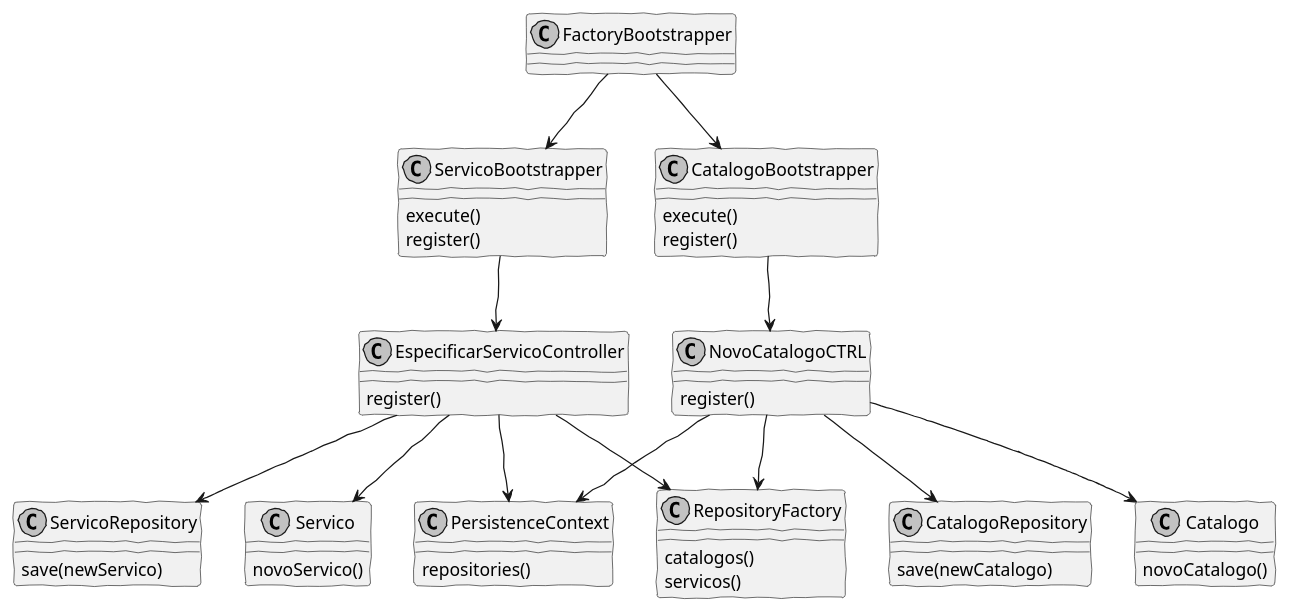
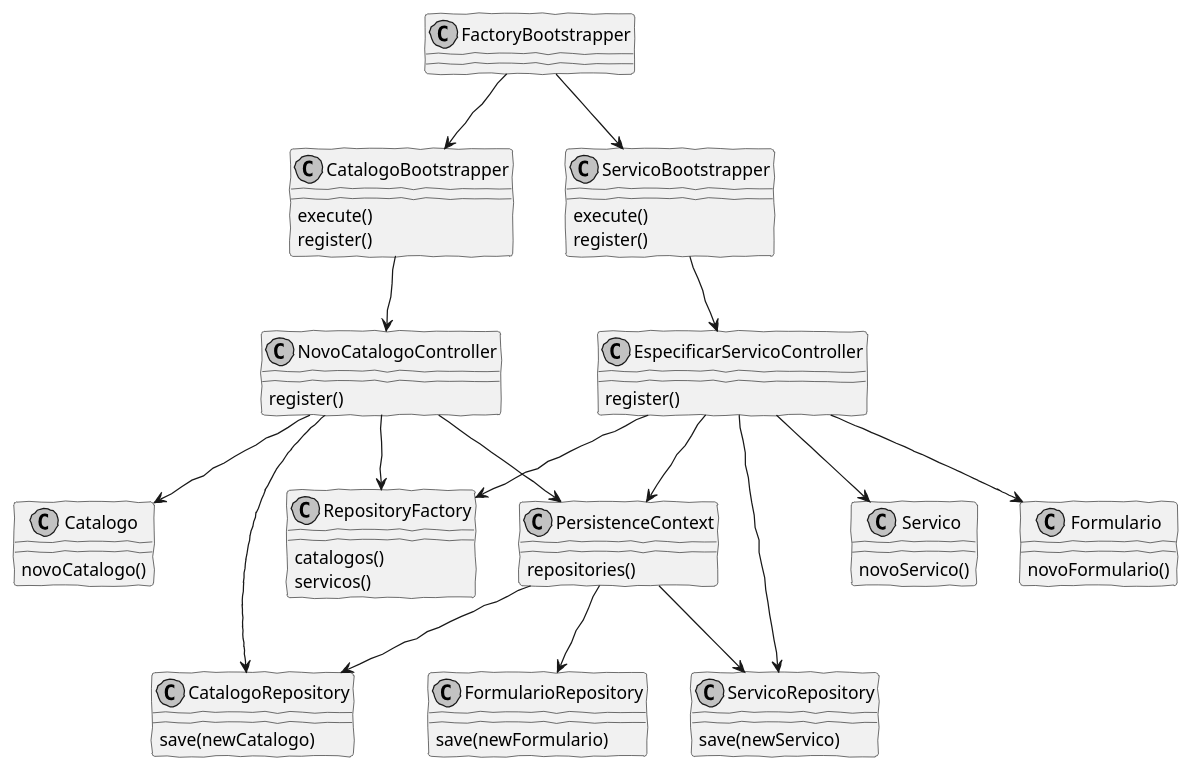
The diagram in docs/US2101/CD2101.puml (pedrolemos4/LAPR4), drawn with PlantUML before and after one commit. The commit also changed 3 other files, not shown here.

```diff
--- a/docs/US2101/CD2101.puml
+++ b/docs/US2101/CD2101.puml
@@ -1,60 +1,68 @@
 @startuml
 'http://plantuml.com/skinparam.html
 skinparam handwritten true
 skinparam monochrome true
 skinparam packageStyle rect
 skinparam defaultFontName FG Virgil
 skinparam shadowing false
 
 class FactoryBootstrapper
 class CatalogoBootstrapper 
 class ServicoBootstrapper 
-class NovoCatalogoCTRL
+class NovoCatalogoController
 class PersistenceContext
 class RepositoryFactory 
 class CatalogoRepository
 class ServicoRepository
 class Catalogo
 class Servico
+class FormularioRepository
+class Formulario
 
 FactoryBootstrapper --> CatalogoBootstrapper
 FactoryBootstrapper --> ServicoBootstrapper
 
 CatalogoBootstrapper : execute()
 CatalogoBootstrapper : register()
 
 ServicoBootstrapper : execute()
 ServicoBootstrapper : register()
 
-NovoCatalogoCTRL : register()
+NovoCatalogoController : register()
 EspecificarServicoController : register()
 
 
-CatalogoBootstrapper --> NovoCatalogoCTRL
+CatalogoBootstrapper --> NovoCatalogoController
 
-NovoCatalogoCTRL --> CatalogoRepository
-NovoCatalogoCTRL --> PersistenceContext
-NovoCatalogoCTRL --> Catalogo
+NovoCatalogoController --> CatalogoRepository
+NovoCatalogoController --> PersistenceContext
+NovoCatalogoController --> Catalogo
 
 
 PersistenceContext : repositories()
-NovoCatalogoCTRL --> RepositoryFactory
+NovoCatalogoController --> RepositoryFactory
 RepositoryFactory : catalogos()
 RepositoryFactory : servicos()
 Catalogo : novoCatalogo()
 CatalogoRepository : save(newCatalogo)
 
 
 ServicoBootstrapper --> EspecificarServicoController
 
 EspecificarServicoController --> ServicoRepository
 EspecificarServicoController --> PersistenceContext
 EspecificarServicoController --> Servico
-
+EspecificarServicoController --> Formulario
+PersistenceContext --> ServicoRepository
+PersistenceContext --> CatalogoRepository
+PersistenceContext --> FormularioRepository
 
 EspecificarServicoController --> RepositoryFactory
 Servico : novoServico()
 ServicoRepository : save(newServico)
 
+Formulario : novoFormulario()
+FormularioRepository : save(newFormulario)
+
 
 @enduml
```
